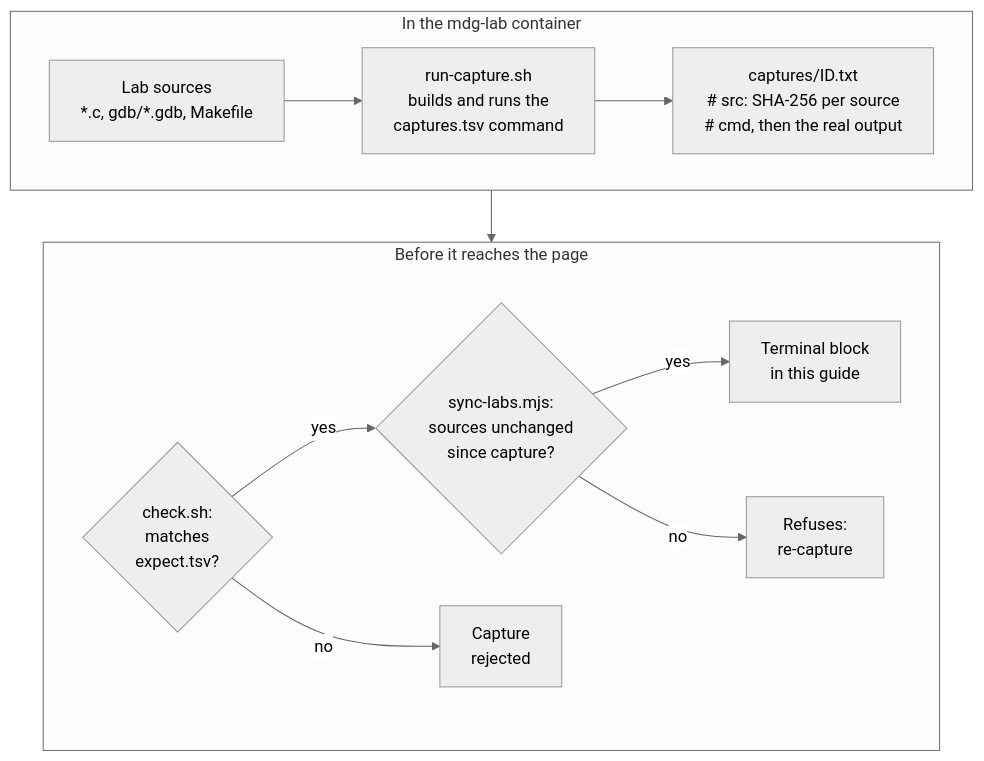
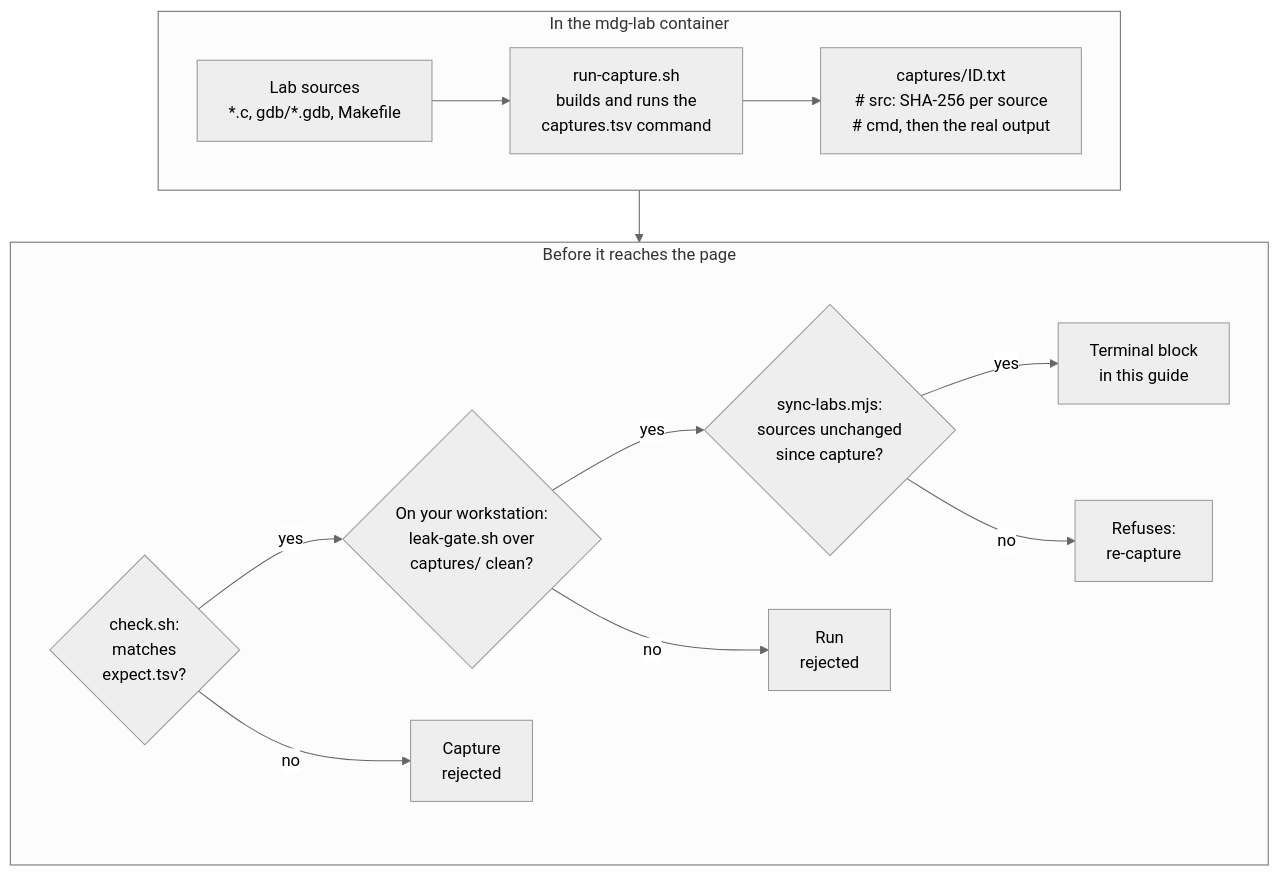
Before and after one commit to divakaran-arrcus/guides: the diagram in diagrams/memory-debugging/capture-pipeline.mmd, drawn with Mermaid (neutral theme). The commit also changed 2 other files, not shown here.

Commit message:
fix(memdbg): pipeline diagram leak-gate stage; stable PID callouts
The capture pipeline now shows the workstation-side leak gate that
remote.sh runs over the returned captures, and the welcome caption says
so. Ch 10/12 PID callouts no longer quote run-specific values. The
happens-before diagram draws B's lock before the synchronizes-with edge.

```diff
--- a/diagrams/memory-debugging/capture-pipeline.mmd
+++ b/diagrams/memory-debugging/capture-pipeline.mmd
@@ -1,14 +1,16 @@
 flowchart TB
   subgraph RUNSTEP["In the mdg-lab container"]
     direction LR
     SRC["Lab sources<br/>*.c, gdb/*.gdb, Makefile"] --> RUN["run-capture.sh<br/>builds and runs the<br/>captures.tsv command"]
     RUN --> CAP["captures/ID.txt<br/># src: SHA-256 per source<br/># cmd, then the real output"]
   end
   subgraph GATES["Before it reaches the page"]
     direction LR
-    CHK{"check.sh:<br/>matches<br/>expect.tsv?"} -- yes --> SYNC{"sync-labs.mjs:<br/>sources unchanged<br/>since capture?"}
+    CHK{"check.sh:<br/>matches<br/>expect.tsv?"} -- yes --> LEAK{"On your workstation:<br/>leak-gate.sh over<br/>captures/ clean?"}
+    LEAK -- yes --> SYNC{"sync-labs.mjs:<br/>sources unchanged<br/>since capture?"}
     SYNC -- yes --> PAGE["Terminal block<br/>in this guide"]
     CHK -- no --> FAIL["Capture<br/>rejected"]
+    LEAK -- no --> LFAIL["Run<br/>rejected"]
     SYNC -- no --> STALE["Refuses:<br/>re-capture"]
   end
   RUNSTEP --> GATES
```
